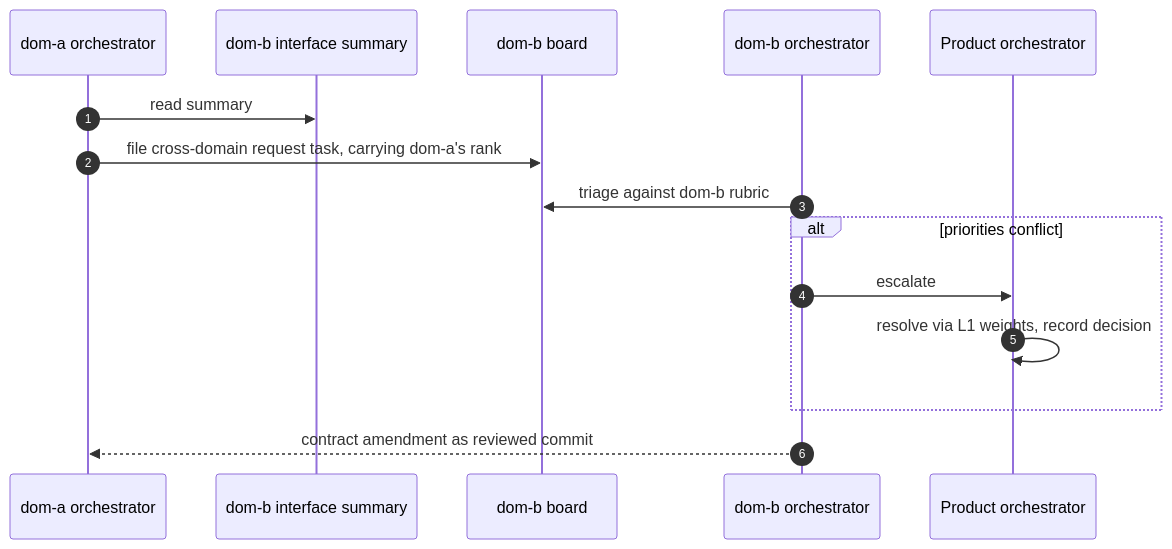
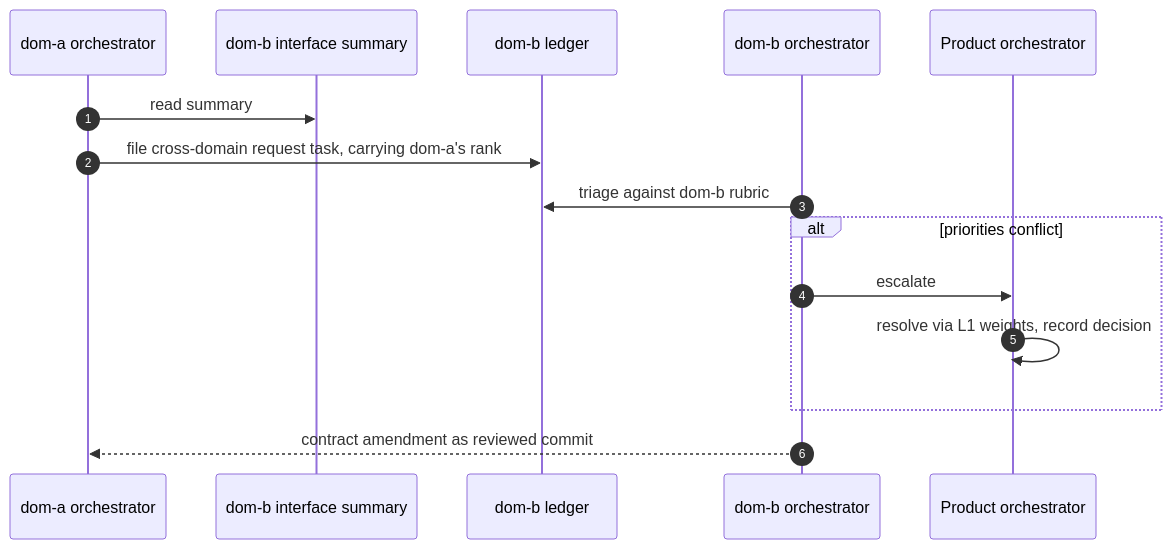
One commit to apache/tooling-memory changed the ninth of 14 diagrams in docs/durable-memory-for-disposable-agents.md. Above: the diagram before and after it, drawn with Mermaid. The commit also changed other lines of this file and 1 other file, not shown here.

First line of the commit message:
Rename the task board to the task ledger

````diff
--- a/docs/durable-memory-for-disposable-agents.md
+++ b/docs/durable-memory-for-disposable-agents.md
@@ -631,18 +631,18 @@
 ```mermaid
 sequenceDiagram
     autonumber
     participant PO as dom-a orchestrator
     participant IS as dom-b interface summary
-    participant LB as dom-b board
+    participant LB as dom-b ledger
     participant LO as dom-b orchestrator
     participant PF as Product orchestrator
 
     PO->>IS: read summary
     PO->>LB: file cross-domain request task, carrying dom-a's rank
     LO->>LB: triage against dom-b rubric
     alt priorities conflict
         LO->>PF: escalate
         PF->>PF: resolve via L1 weights, record decision
     end
     LO-->>PO: contract amendment as reviewed commit
 ```
````
